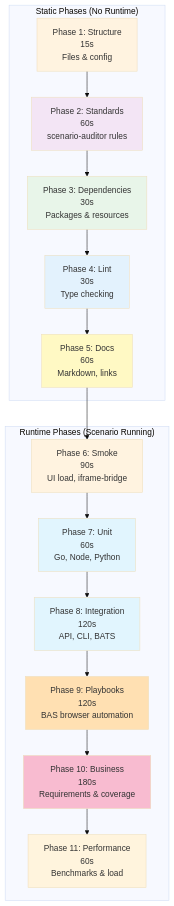
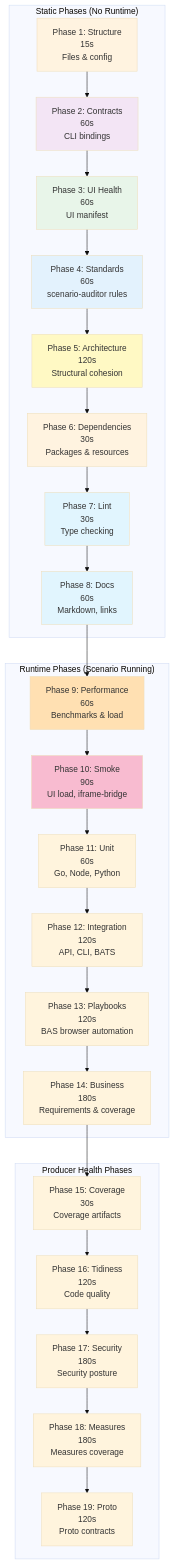
Before and after one commit to Vrooli/Vrooli: the diagram in scenarios/test-genie/docs/guides/phased-testing.md, drawn with Mermaid (base theme). The commit also changed other lines of this file and 39 other files, not shown here.

````diff
--- a/scenarios/test-genie/docs/guides/phased-testing.md
+++ b/scenarios/test-genie/docs/guides/phased-testing.md
@@ -11,32 +11,43 @@
 ```mermaid
 graph TB
     subgraph "Static Phases (No Runtime)"
         P1[Phase 1: Structure<br/>15s<br/>Files & config]
-        P2[Phase 2: Standards<br/>60s<br/>scenario-auditor rules]
-        P3[Phase 3: Dependencies<br/>30s<br/>Packages & resources]
-        P4[Phase 4: Lint<br/>30s<br/>Type checking]
-        P5[Phase 5: Docs<br/>60s<br/>Markdown, links]
+        P2[Phase 2: Contracts<br/>60s<br/>CLI bindings]
+        P3[Phase 3: UI Health<br/>60s<br/>UI manifest]
+        P4[Phase 4: Standards<br/>60s<br/>scenario-auditor rules]
+        P5[Phase 5: Architecture<br/>120s<br/>Structural cohesion]
+        P6[Phase 6: Dependencies<br/>30s<br/>Packages & resources]
+        P7[Phase 7: Lint<br/>30s<br/>Type checking]
+        P8[Phase 8: Docs<br/>60s<br/>Markdown, links]
     end
 
     subgraph "Runtime Phases (Scenario Running)"
-        P6[Phase 6: Smoke<br/>90s<br/>UI load, iframe-bridge]
-        P7[Phase 7: Unit<br/>60s<br/>Go, Node, Python]
-        P8[Phase 8: Integration<br/>120s<br/>API, CLI, BATS]
-        P9[Phase 9: Playbooks<br/>120s<br/>BAS browser automation]
-        P10[Phase 10: Business<br/>180s<br/>Requirements & coverage]
-        P11[Phase 11: Performance<br/>60s<br/>Benchmarks & load]
+        P9[Phase 9: Performance<br/>60s<br/>Benchmarks & load]
+        P10[Phase 10: Smoke<br/>90s<br/>UI load, iframe-bridge]
+        P11[Phase 11: Unit<br/>60s<br/>Go, Node, Python]
+        P12[Phase 12: Integration<br/>120s<br/>API, CLI, BATS]
+        P13[Phase 13: Playbooks<br/>120s<br/>BAS browser automation]
+        P14[Phase 14: Business<br/>180s<br/>Requirements & coverage]
     end
 
-    P1 --> P2 --> P3 --> P4 --> P5 --> P6 --> P7 --> P8 --> P9 --> P10 --> P11
+    subgraph "Producer Health Phases"
+        P15[Phase 15: Coverage<br/>30s<br/>Coverage artifacts]
+        P16[Phase 16: Tidiness<br/>120s<br/>Code quality]
+        P17[Phase 17: Security<br/>180s<br/>Security posture]
+        P18[Phase 18: Measures<br/>180s<br/>Measures coverage]
+        P19[Phase 19: Proto<br/>120s<br/>Proto contracts]
+    end
+
+    P1 --> P2 --> P3 --> P4 --> P5 --> P6 --> P7 --> P8 --> P9 --> P10 --> P11 --> P12 --> P13 --> P14 --> P15 --> P16 --> P17 --> P18 --> P19
 
     style P1 fill:#fff3e0
     style P2 fill:#f3e5f5
     style P3 fill:#e8f5e9
     style P4 fill:#e3f2fd
     style P5 fill:#fff9c4
     style P6 fill:#fff3e0
     style P7 fill:#e1f5fe
     style P8 fill:#e1f5fe
     style P9 fill:#ffe0b2
     style P10 fill:#f8bbd0
 ```
````
